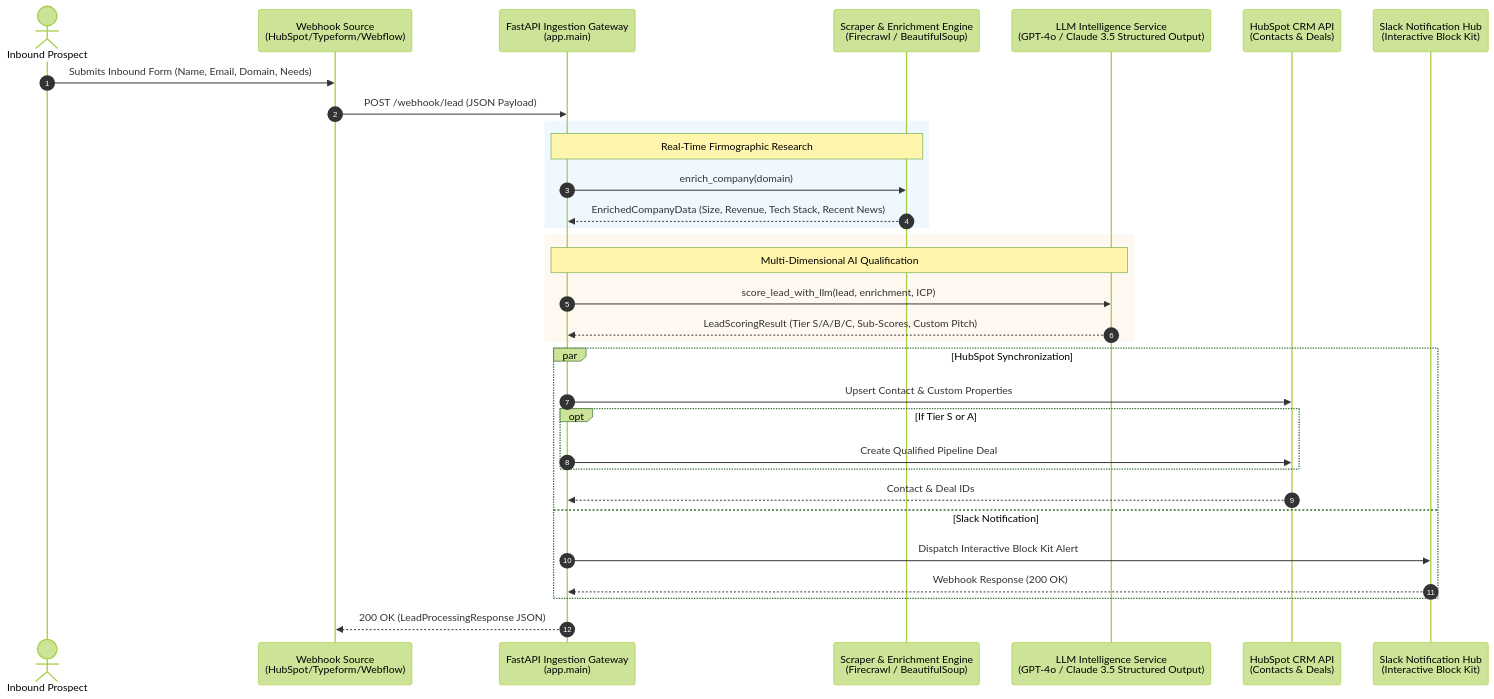
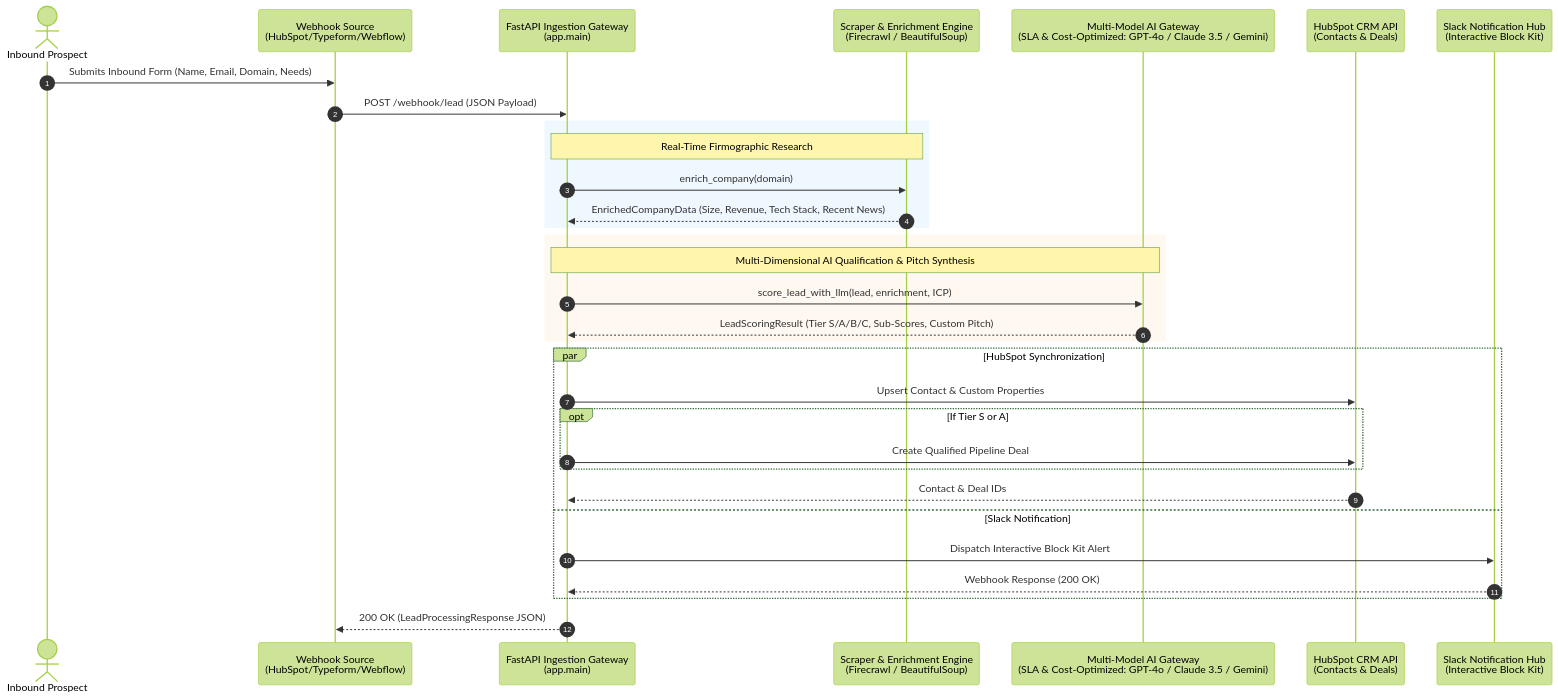
One commit to knmgn/ai-lead-scoring changed the diagram in README.md. Above: the diagram before and after it, drawn with Mermaid (forest theme). The commit also changed other lines of this file and 2 other files, not shown here.

Commit message:
docs: upgrade to SLA & cost-optimized multi-model gateway architecture

````diff
--- a/README.md
+++ b/README.md
@@ -35,39 +39,39 @@
 ```mermaid
 sequenceDiagram
     autonumber
     actor Prospect as Inbound Prospect
     participant WebForm as Webhook Source<br/>(HubSpot/Typeform/Webflow)
     participant FastAPI as FastAPI Ingestion Gateway<br/>(app.main)
     participant Scraper as Scraper & Enrichment Engine<br/>(Firecrawl / BeautifulSoup)
-    participant LLM as LLM Intelligence Service<br/>(GPT-4o / Claude 3.5 Structured Output)
+    participant LLM as Multi-Model AI Gateway<br/>(SLA & Cost-Optimized: GPT-4o / Claude 3.5 / Gemini)
     participant HubSpot as HubSpot CRM API<br/>(Contacts & Deals)
     participant Slack as Slack Notification Hub<br/>(Interactive Block Kit)
 
     Prospect->>WebForm: Submits Inbound Form (Name, Email, Domain, Needs)
     WebForm->>FastAPI: POST /webhook/lead (JSON Payload)
     
     rect rgb(240, 248, 255)
         note over FastAPI,Scraper: Real-Time Firmographic Research
         FastAPI->>Scraper: enrich_company(domain)
         Scraper-->>FastAPI: EnrichedCompanyData (Size, Revenue, Tech Stack, Recent News)
     end
 
     rect rgb(255, 248, 240)
-        note over FastAPI,LLM: Multi-Dimensional AI Qualification
+        note over FastAPI,LLM: Multi-Dimensional AI Qualification & Pitch Synthesis
         FastAPI->>LLM: score_lead_with_llm(lead, enrichment, ICP)
         LLM-->>FastAPI: LeadScoringResult (Tier S/A/B/C, Sub-Scores, Custom Pitch)
     end
 
     par HubSpot Synchronization
         FastAPI->>HubSpot: Upsert Contact & Custom Properties
         opt If Tier S or A
             FastAPI->>HubSpot: Create Qualified Pipeline Deal
         end
         HubSpot-->>FastAPI: Contact & Deal IDs
     and Slack Notification
         FastAPI->>Slack: Dispatch Interactive Block Kit Alert
         Slack-->>FastAPI: Webhook Response (200 OK)
     end
 
     FastAPI-->>WebForm: 200 OK (LeadProcessingResponse JSON)
 ```
````
